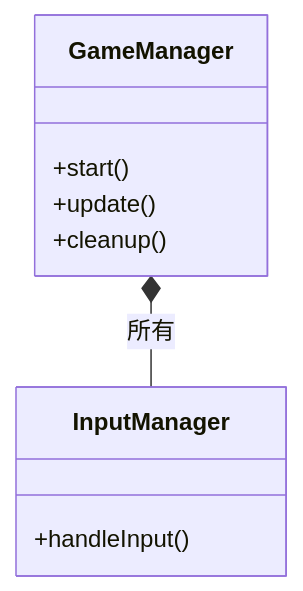
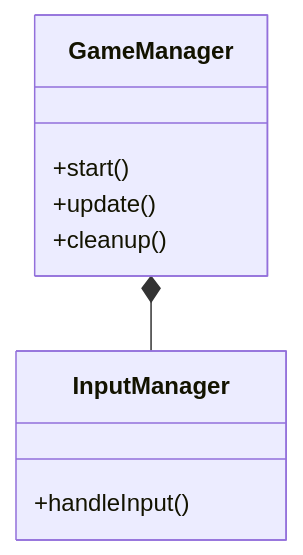
The third of 5 diagrams in 解説.md (syusyusyusyu/star), drawn with Mermaid before and after one commit. The commit also changed other lines of this file, not shown here.

````diff
--- a/解説.md
+++ b/解説.md
@@ -390,12 +1092,12 @@
 ```mermaid
 classDiagram
   class GameManager {
     +start()
     +update()
     +cleanup()
   }
   class InputManager {
     +handleInput()
   }
-  GameManager *-- InputManager : 所有
+  GameManager *-- InputManager
 ```
````
